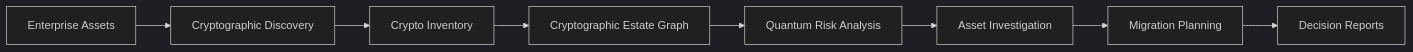
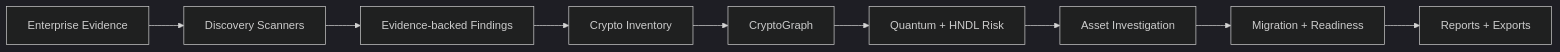
One commit to chill4lyfe/ECDAT changed the diagram in README.md. Above: the diagram before and after it, drawn with Mermaid (dark theme). The commit also changed other lines of this file and 101 other files, not shown here.

````diff
--- a/README.md
+++ b/README.md
@@ -43,10 +23,11 @@
 ```mermaid
 flowchart LR
-    A[Enterprise Assets] --> B[Cryptographic Discovery]
-    B --> C[Crypto Inventory]
-    C --> D[Cryptographic Estate Graph]
-    D --> E[Quantum Risk Analysis]
-    E --> F[Asset Investigation]
-    F --> G[Migration Planning]
-    G --> H[Decision Reports]
+    A[Enterprise Evidence] --> B[Discovery Scanners]
+    B --> C[Evidence-backed Findings]
+    C --> D[Crypto Inventory]
+    D --> E[CryptoGraph]
+    E --> F[Quantum + HNDL Risk]
+    F --> G[Asset Investigation]
+    G --> H[Migration + Readiness]
+    H --> I[Reports + Exports]
 ```
````
